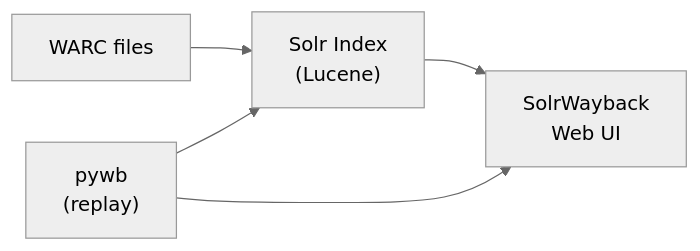
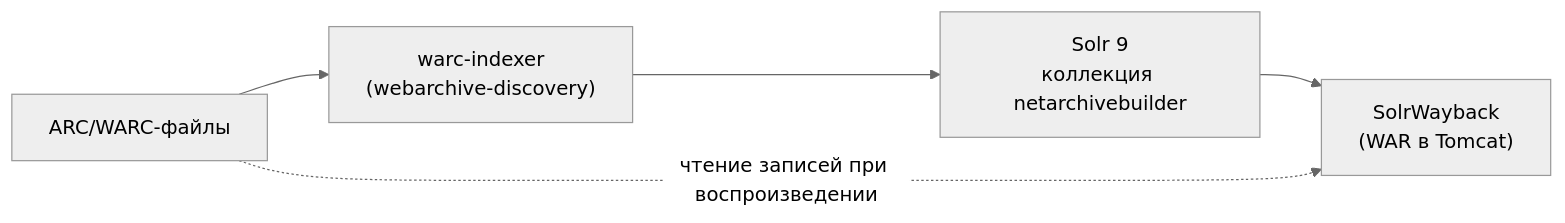
The diagram in kb/instruments/tools/solrwayback.md (ruarxive/ruarxive.github.io), drawn with Mermaid (neutral theme) before and after one commit. The commit also changed other lines of this file and 200 other files, not shown here.

````diff
--- a/kb/instruments/tools/solrwayback.md
+++ b/kb/instruments/tools/solrwayback.md
@@ -72,7 +49,7 @@
 ```mermaid
 flowchart LR
-    WARC["WARC files"] --> Solr["Solr Index<br/>(Lucene)"]
-    Solr --> UI["SolrWayback<br/>Web UI"]
-    pywb["pywb<br/>(replay)"] --> Solr
-    pywb --> UI
+    WARC["ARC/WARC-файлы"] --> IDX["warc-indexer<br/>(webarchive-discovery)"]
+    IDX --> Solr["Solr 9<br/>коллекция netarchivebuilder"]
+    Solr --> SW["SolrWayback<br/>(WAR в Tomcat)"]
+    WARC -. "чтение записей при воспроизведении" .-> SW
 ```
````
